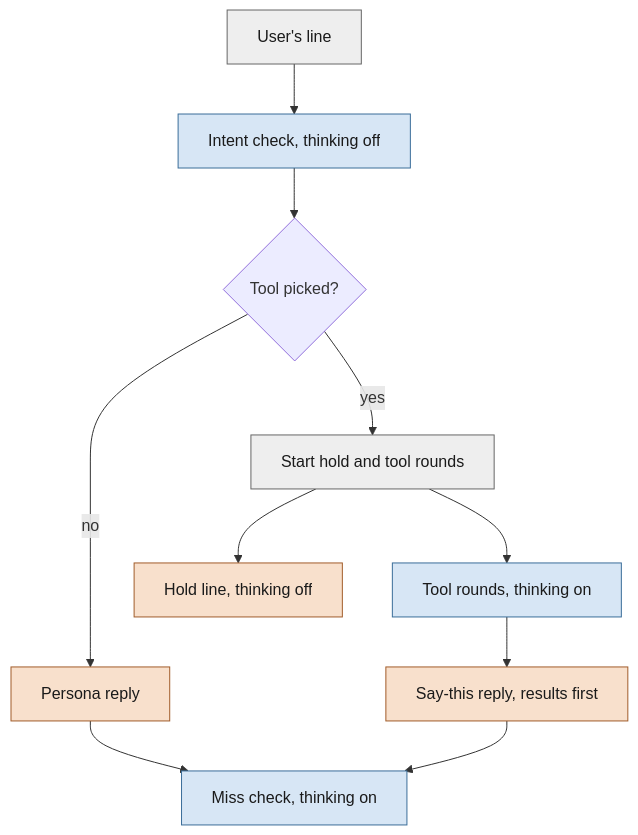
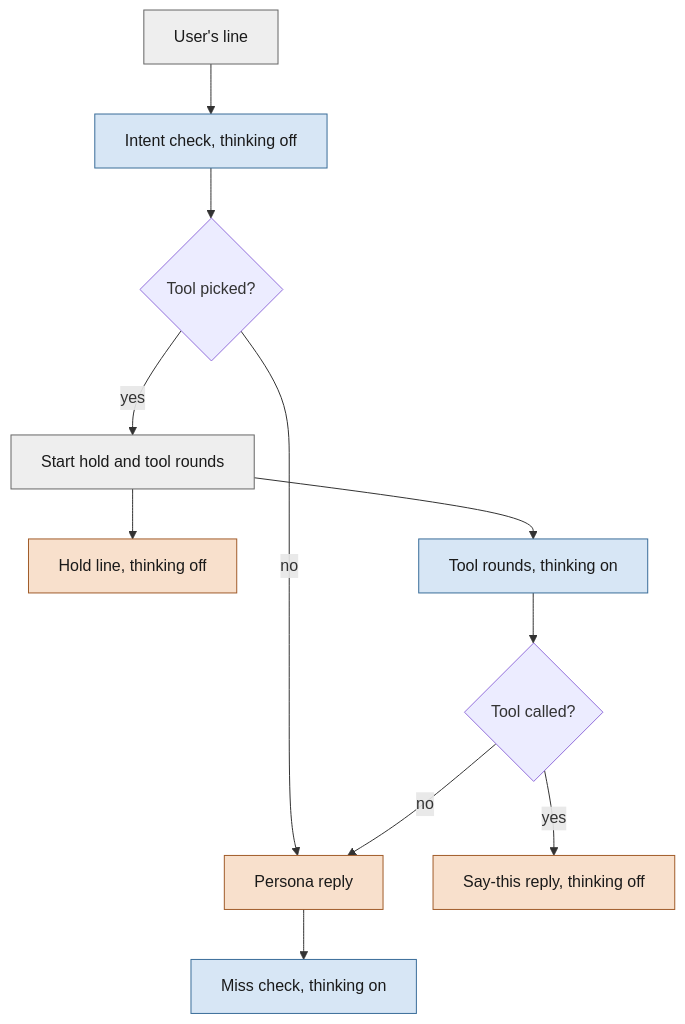
The diagram in prompt-order-heavy-2026-11-26/README.md (miramocha/MiraCeti-Benchmarks), drawn with Mermaid before and after one commit. The commit also changed other lines of this file and 1 other file, not shown here.

````diff
--- a/prompt-order-heavy-2026-11-26/README.md
+++ b/prompt-order-heavy-2026-11-26/README.md
@@ -138,16 +139,17 @@
 ```mermaid
 flowchart TD
     classDef task fill:#d7e6f5,stroke:#3a6d99,color:#1a1a1a
     classDef persona fill:#f8e0cc,stroke:#a15c2a,color:#1a1a1a
     classDef sys fill:#eeeeee,stroke:#666666,color:#1a1a1a
 
     U[User's line]:::sys --> I[Intent check, thinking off]:::task
     I --> Q{Tool picked?}
     Q -- no --> P[Persona reply]:::persona
     Q -- yes --> S[Start hold and tool rounds]:::sys
     S --> H[Hold line, thinking off]:::persona
     S --> T[Tool rounds, thinking on]:::task
-    T --> Y[Say-this reply, results first]:::persona
+    T --> C{Tool called?}
+    C -- yes --> Y[Say-this reply, thinking off]:::persona
+    C -- no --> P
     P --> M[Miss check, thinking on]:::task
-    Y --> M
 ```
````
